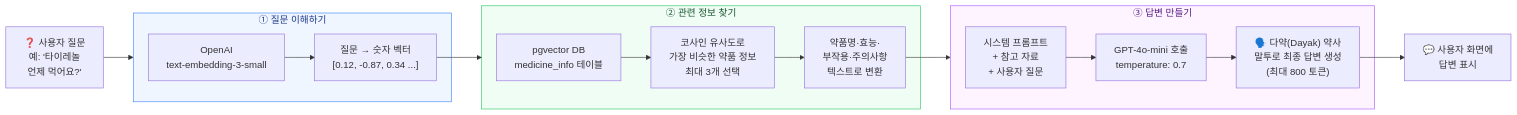
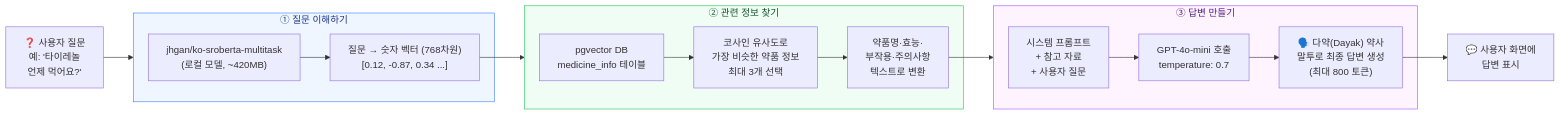
One commit to AI-HealthCare-02/AI_02_06 changed the third of 3 diagrams in docs/FLOWCHART.md. Above: the diagram before and after it, drawn with Mermaid. The commit also changed other lines of this file and 2 other files, not shown here.

First line of the commit message:
docs: 플로우차트 임베딩 모델·OCR 파이프라인·멀티턴 전략 반영

````diff
--- a/docs/FLOWCHART.md
+++ b/docs/FLOWCHART.md
@@ -136,34 +138,34 @@
 ```mermaid
 flowchart LR
     Q["❓ 사용자 질문<br />예: '타이레놀<br />언제 먹어요?'"]
 
     subgraph EMBED ["① 질문 이해하기"]
-        E1["OpenAI<br />text-embedding-3-small"]
-        E2["질문 → 숫자 벡터<br />[0.12, -0.87, 0.34 ...]"]
+        E1["jhgan/ko-sroberta-multitask<br />(로컬 모델, ~420MB)"]
+        E2["질문 → 숫자 벡터 (768차원)<br />[0.12, -0.87, 0.34 ...]"]
         E1 --> E2
     end
 
     subgraph RETRIEVE ["② 관련 정보 찾기"]
         R1["pgvector DB<br />medicine_info 테이블"]
         R2["코사인 유사도로<br />가장 비슷한 약품 정보<br />최대 3개 선택"]
         R3["약품명·효능·<br />부작용·주의사항<br />텍스트로 변환"]
         R1 --> R2 --> R3
     end
 
     subgraph GENERATE ["③ 답변 만들기"]
         G1["시스템 프롬프트<br />+ 참고 자료<br />+ 사용자 질문"]
         G2["GPT-4o-mini 호출<br />temperature: 0.7"]
         G3["🗣️ 다약(Dayak) 약사<br />말투로 최종 답변 생성<br />(최대 800 토큰)"]
         G1 --> G2 --> G3
     end
 
     Q --> EMBED
     E2 --> RETRIEVE
     R3 --> GENERATE
 
     G3 --> A["💬 사용자 화면에<br />답변 표시"]
 
     style EMBED fill:#eff6ff,stroke:#3b82f6,color:#1e3a8a
     style RETRIEVE fill:#f0fdf4,stroke:#22c55e,color:#14532d
     style GENERATE fill:#fdf4ff,stroke:#a855f7,color:#581c87
 ```
````
